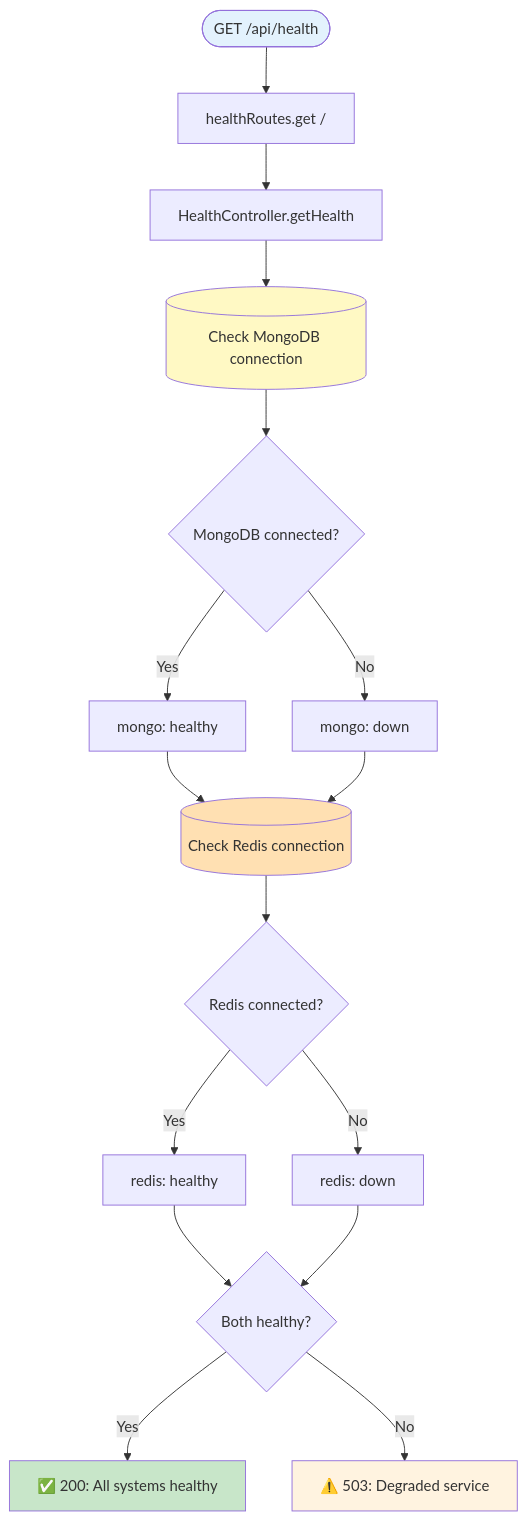
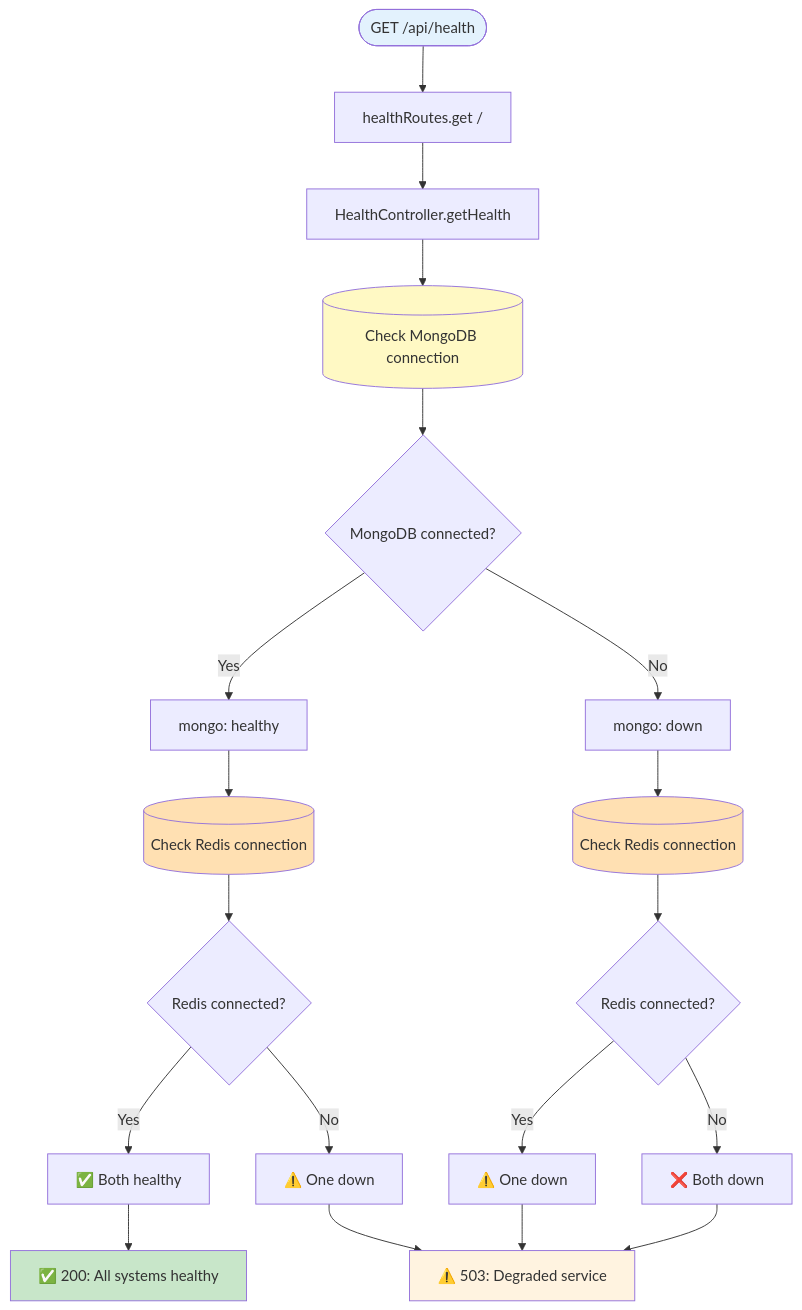
Before and after one commit to shmuelkapiloff/simple-: diagram 25 of 26 in docs/SERVER_ENDPOINTS_MAP.md, drawn with Mermaid. The commit also changed other lines of this file, not shown here.

````diff
--- a/docs/SERVER_ENDPOINTS_MAP.md
+++ b/docs/SERVER_ENDPOINTS_MAP.md
@@ -1399,32 +1365,35 @@
 ```mermaid
 flowchart TD
     Request([GET /api/health]) --> RouteHandler[healthRoutes.get /]
     RouteHandler --> Controller[HealthController.getHealth]
     
     Controller --> CheckMongo[(Check MongoDB connection)]
     CheckMongo --> MongoOK{MongoDB connected?}
     MongoOK -->|Yes| MongoHealthy[mongo: healthy]
     MongoOK -->|No| MongoDown[mongo: down]
     
-    MongoHealthy --> CheckRedis
-    MongoDown --> CheckRedis
+    MongoHealthy --> CheckRedisYes[(Check Redis connection)]
+    MongoDown --> CheckRedisNo[(Check Redis connection)]
     
-    CheckRedis[(Check Redis connection)]
-    CheckRedis --> RedisOK{Redis connected?}
-    RedisOK -->|Yes| RedisHealthy[redis: healthy]
-    RedisOK -->|No| RedisDown[redis: down]
+    CheckRedisYes --> RedisOKYes{Redis connected?}
+    CheckRedisNo --> RedisOKNo{Redis connected?}
     
-    RedisHealthy --> DetermineStatus
-    RedisDown --> DetermineStatus
+    RedisOKYes -->|Yes| BothHealthy["✅ Both healthy"]
+    RedisOKYes -->|No| DegradedYes["⚠️ One down"]
     
-    DetermineStatus{Both healthy?}
-    DetermineStatus -->|Yes| Return200["✅ 200: All systems healthy"]
-    DetermineStatus -->|No| Return503["⚠️ 503: Degraded service"]
+    RedisOKNo -->|Yes| DegradedNo["⚠️ One down"]
+    RedisOKNo -->|No| AllDown["❌ Both down"]
+    
+    BothHealthy --> Return200["✅ 200: All systems healthy"]
+    DegradedYes --> Return503["⚠️ 503: Degraded service"]
+    DegradedNo --> Return503
+    AllDown --> Return503
     
     
     style Request fill:#e3f2fd
     style Return200 fill:#c8e6c9
     style Return503 fill:#fff3e0
     style CheckMongo fill:#fff9c4
-    style CheckRedis fill:#ffe0b2
+    style CheckRedisYes fill:#ffe0b2
+    style CheckRedisNo fill:#ffe0b2
 ```
````
